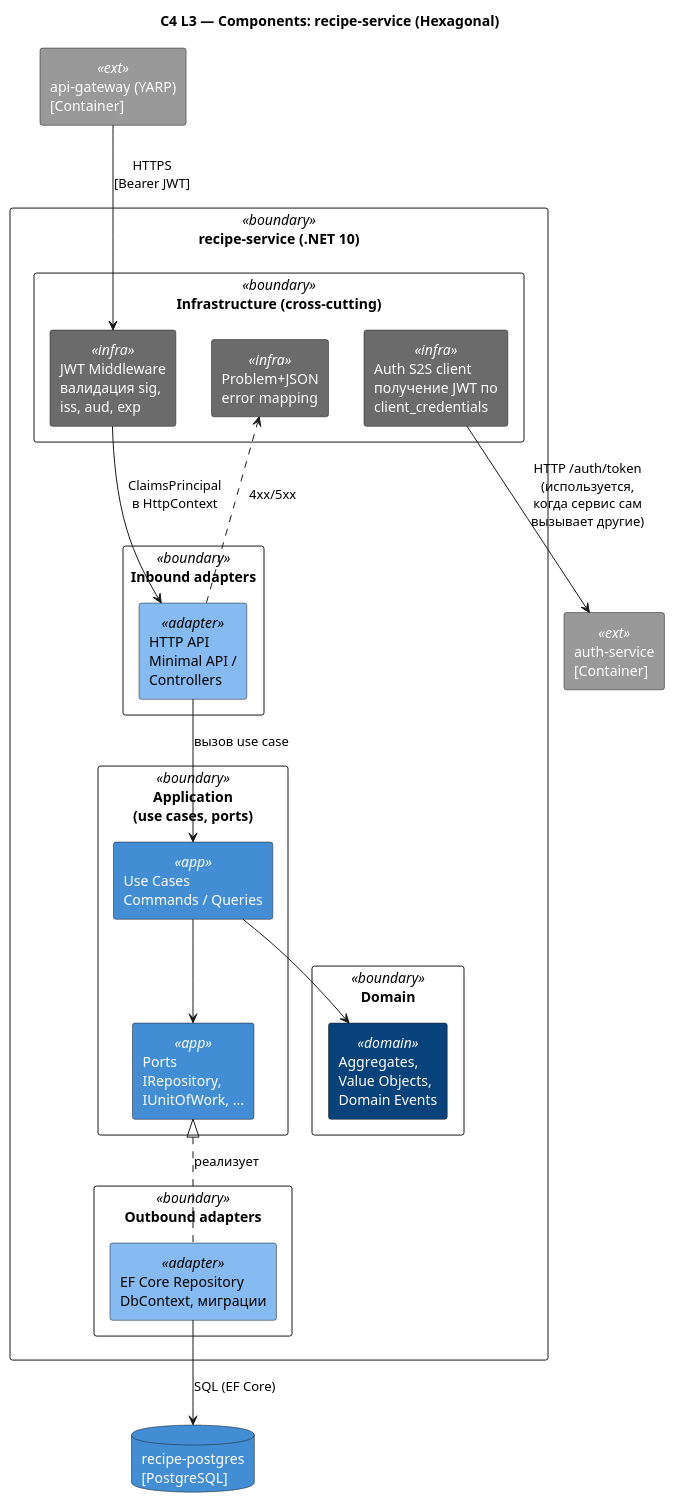
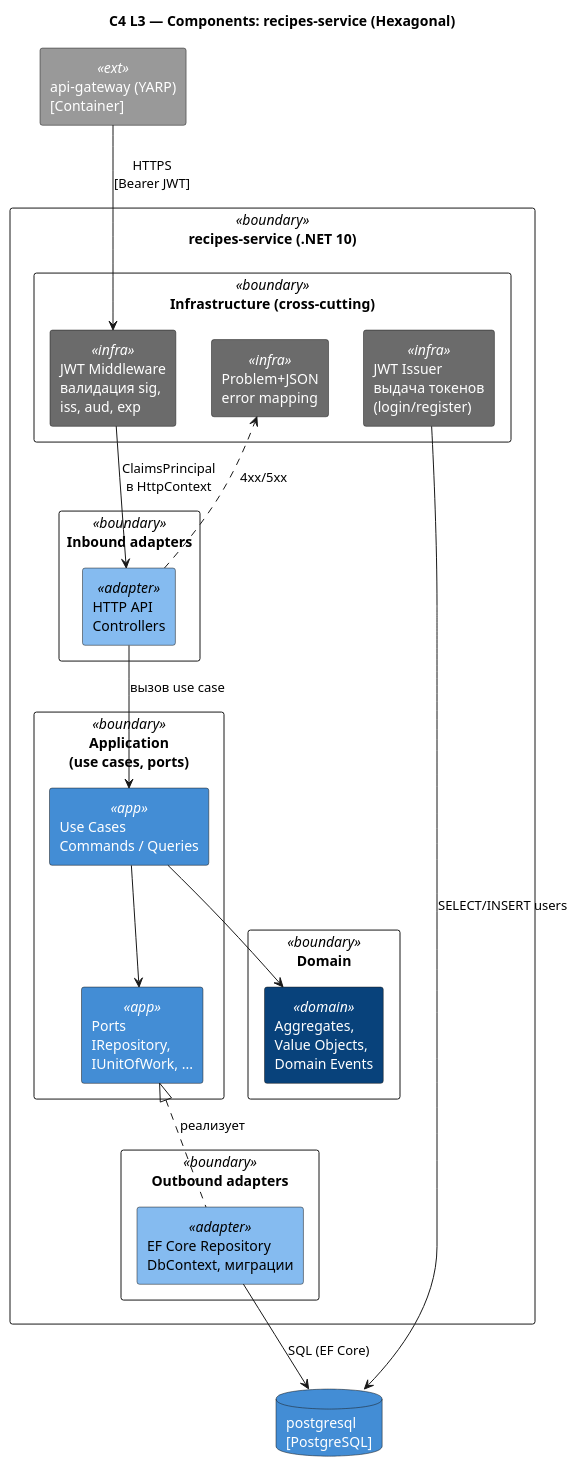
One commit to pavlovtg/otus-06-cookbook changed the diagram in docs/architecture/diagrams/c4-component-backend.md. Above: the diagram before and after it, drawn with PlantUML. The commit also changed other lines of this file and 206 other files, not shown here.

````diff
--- a/docs/architecture/diagrams/c4-component-backend.md
+++ b/docs/architecture/diagrams/c4-component-backend.md
@@ -11,64 +11,63 @@
 ```plantuml
 @startuml
-title C4 L3 — Components: recipe-service (Hexagonal)
+title C4 L3 — Components: recipes-service (Hexagonal)
 
 skinparam rectangle {
   BackgroundColor<<adapter>> #85BBF0
   FontColor<<adapter>> black
   BackgroundColor<<app>> #438DD5
   FontColor<<app>> white
   BackgroundColor<<domain>> #08427B
   FontColor<<domain>> white
   BackgroundColor<<infra>> #6B6B6B
   FontColor<<infra>> white
   BackgroundColor<<ext>> #999999
   FontColor<<ext>> white
   BackgroundColor<<boundary>> transparent
 }
 skinparam database {
   BackgroundColor #438DD5
   FontColor white
 }
 
 rectangle "api-gateway (YARP)\n[Container]" as yarp <<ext>>
-rectangle "auth-service\n[Container]" as auth <<ext>>
-database "recipe-postgres\n[PostgreSQL]" as pg
+database "postgresql\n[PostgreSQL]" as pg
 
-rectangle "recipe-service (.NET 10)" as svc <<boundary>> {
+rectangle "recipes-service (.NET 10)" as svc <<boundary>> {
 
   rectangle "Infrastructure (cross-cutting)" as infra <<boundary>> {
     rectangle "JWT Middleware\nвалидация sig,\niss, aud, exp" as jwt <<infra>>
-    rectangle "Auth S2S client\nполучение JWT по\nclient_credentials" as s2s <<infra>>
+    rectangle "JWT Issuer\nвыдача токенов\n(login/register)" as issuer <<infra>>
     rectangle "Problem+JSON\nerror mapping" as err <<infra>>
   }
 
   rectangle "Inbound adapters" as inb <<boundary>> {
-    rectangle "HTTP API\nMinimal API /\nControllers" as http <<adapter>>
+    rectangle "HTTP API\nControllers" as http <<adapter>>
   }
 
   rectangle "Application\n(use cases, ports)" as app <<boundary>> {
     rectangle "Use Cases\nCommands / Queries" as uc <<app>>
     rectangle "Ports\nIRepository,\nIUnitOfWork, ..." as ports <<app>>
   }
 
   rectangle "Domain" as dom <<boundary>> {
     rectangle "Aggregates,\nValue Objects,\nDomain Events" as model <<domain>>
   }
 
   rectangle "Outbound adapters" as out <<boundary>> {
     rectangle "EF Core Repository\nDbContext, миграции" as repo <<adapter>>
   }
 }
 
-yarp --> jwt        : HTTPS\n[Bearer JWT]
-jwt  --> http       : ClaimsPrincipal\nв HttpContext
-http --> uc         : вызов use case
-uc   --> ports
-uc   --> model
-ports <|.. repo     : реализует
-repo --> pg         : SQL (EF Core)
+yarp    --> jwt     : HTTPS\n[Bearer JWT]
+jwt     --> http    : ClaimsPrincipal\nв HttpContext
+http    --> uc      : вызов use case
+uc      --> ports
+uc      --> model
+ports  <|.. repo    : реализует
+repo    --> pg      : SQL (EF Core)
+issuer  --> pg      : SELECT/INSERT users
 
 http ..> err        : 4xx/5xx
-s2s  --> auth       : HTTP /auth/token\n(используется,\nкогда сервис сам\nвызывает другие)
 @enduml
 ```
````
